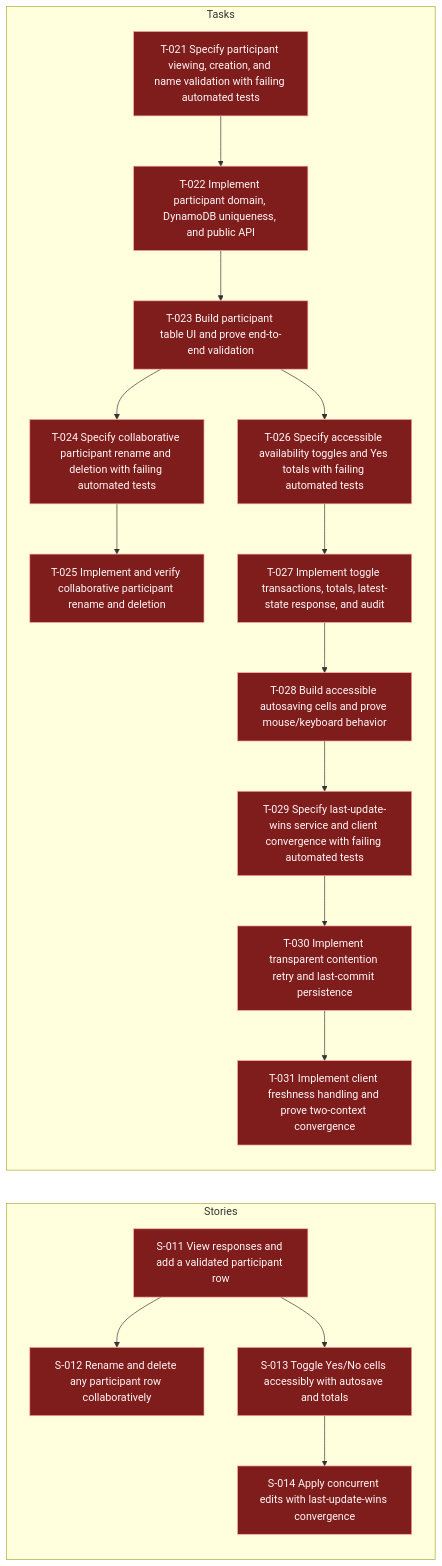
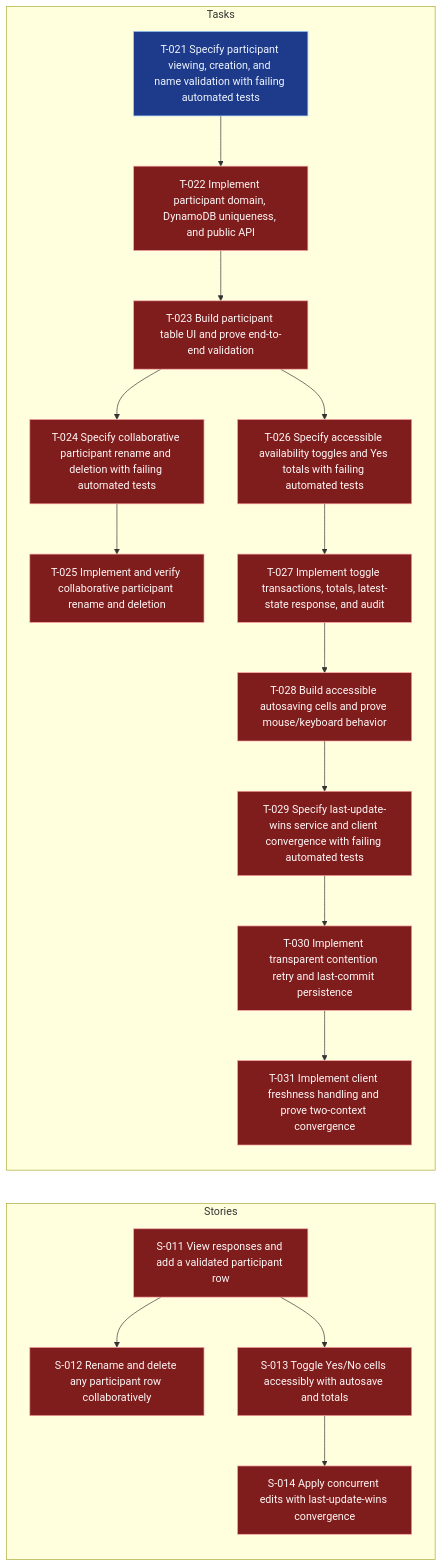
The diagram in .worktracker/graphs/E-004.mmd (andybalham/invite-agent), drawn with Mermaid before and after one commit. The commit also changed 32 other files, not shown here.

```diff
--- a/.worktracker/graphs/E-004.mmd
+++ b/.worktracker/graphs/E-004.mmd
@@ -1,53 +1,53 @@
 graph LR
   classDef done fill:#14532d,stroke:#86efac,color:#f0fdf4;
   classDef blocked fill:#7f1d1d,stroke:#fca5a5,color:#fff7f7;
   classDef inprogress fill:#78350f,stroke:#fbbf24,color:#fffbeb;
   classDef todo fill:#1e3a8a,stroke:#93c5fd,color:#eff6ff;
   classDef empty fill:#374151,stroke:#d1d5db,color:#f9fafb,stroke-dasharray: 3 3;
   subgraph Stories
     S011["S-011 View responses and add a validated participant row"]:::blocked
     S012["S-012 Rename and delete any participant row collaboratively"]:::blocked
     S013["S-013 Toggle Yes/No cells accessibly with autosave and totals"]:::blocked
     S014["S-014 Apply concurrent edits with last-update-wins convergence"]:::blocked
     S011 --> S012
     S011 --> S013
     S013 --> S014
   end
   subgraph Tasks
-    T021["T-021 Specify participant viewing, creation, and name validation with failing automated tests"]:::blocked
+    T021["T-021 Specify participant viewing, creation, and name validation with failing automated tests"]:::todo
     T022["T-022 Implement participant domain, DynamoDB uniqueness, and public API"]:::blocked
     T023["T-023 Build participant table UI and prove end-to-end validation"]:::blocked
     T024["T-024 Specify collaborative participant rename and deletion with failing automated tests"]:::blocked
     T025["T-025 Implement and verify collaborative participant rename and deletion"]:::blocked
     T026["T-026 Specify accessible availability toggles and Yes totals with failing automated tests"]:::blocked
     T027["T-027 Implement toggle transactions, totals, latest-state response, and audit"]:::blocked
     T028["T-028 Build accessible autosaving cells and prove mouse/keyboard behavior"]:::blocked
     T029["T-029 Specify last-update-wins service and client convergence with failing automated tests"]:::blocked
     T030["T-030 Implement transparent contention retry and last-commit persistence"]:::blocked
     T031["T-031 Implement client freshness handling and prove two-context convergence"]:::blocked
     T021 --> T022
     T022 --> T023
     T023 --> T024
     T023 --> T026
     T024 --> T025
     T026 --> T027
     T027 --> T028
     T028 --> T029
     T029 --> T030
     T030 --> T031
   end
   click S011 "../entities/S-011-view-responses-and-add-a-validated-participant-row.md"
   click S012 "../entities/S-012-rename-and-delete-any-participant-row-collaboratively.md"
   click S013 "../entities/S-013-toggle-yes-no-cells-accessibly-with-autosave-and-totals.md"
   click S014 "../entities/S-014-apply-concurrent-edits-with-last-update-wins-convergence.md"
   click T021 "../entities/T-021-specify-participant-viewing-creation-and-name-validation-with-failing-automated-tests.md"
   click T022 "../entities/T-022-implement-participant-domain-dynamodb-uniqueness-and-public-api.md"
   click T023 "../entities/T-023-build-participant-table-ui-and-prove-end-to-end-validation.md"
   click T024 "../entities/T-024-specify-collaborative-participant-rename-and-deletion-with-failing-automated-tests.md"
   click T025 "../entities/T-025-implement-and-verify-collaborative-participant-rename-and-deletion.md"
   click T026 "../entities/T-026-specify-accessible-availability-toggles-and-yes-totals-with-failing-automated-tests.md"
   click T027 "../entities/T-027-implement-toggle-transactions-totals-latest-state-response-and-audit.md"
   click T028 "../entities/T-028-build-accessible-autosaving-cells-and-prove-mouse-keyboard-behavior.md"
   click T029 "../entities/T-029-specify-last-update-wins-service-and-client-convergence-with-failing-automated-tests.md"
   click T030 "../entities/T-030-implement-transparent-contention-retry-and-last-commit-persistence.md"
   click T031 "../entities/T-031-implement-client-freshness-handling-and-prove-two-context-convergence.md"
```
